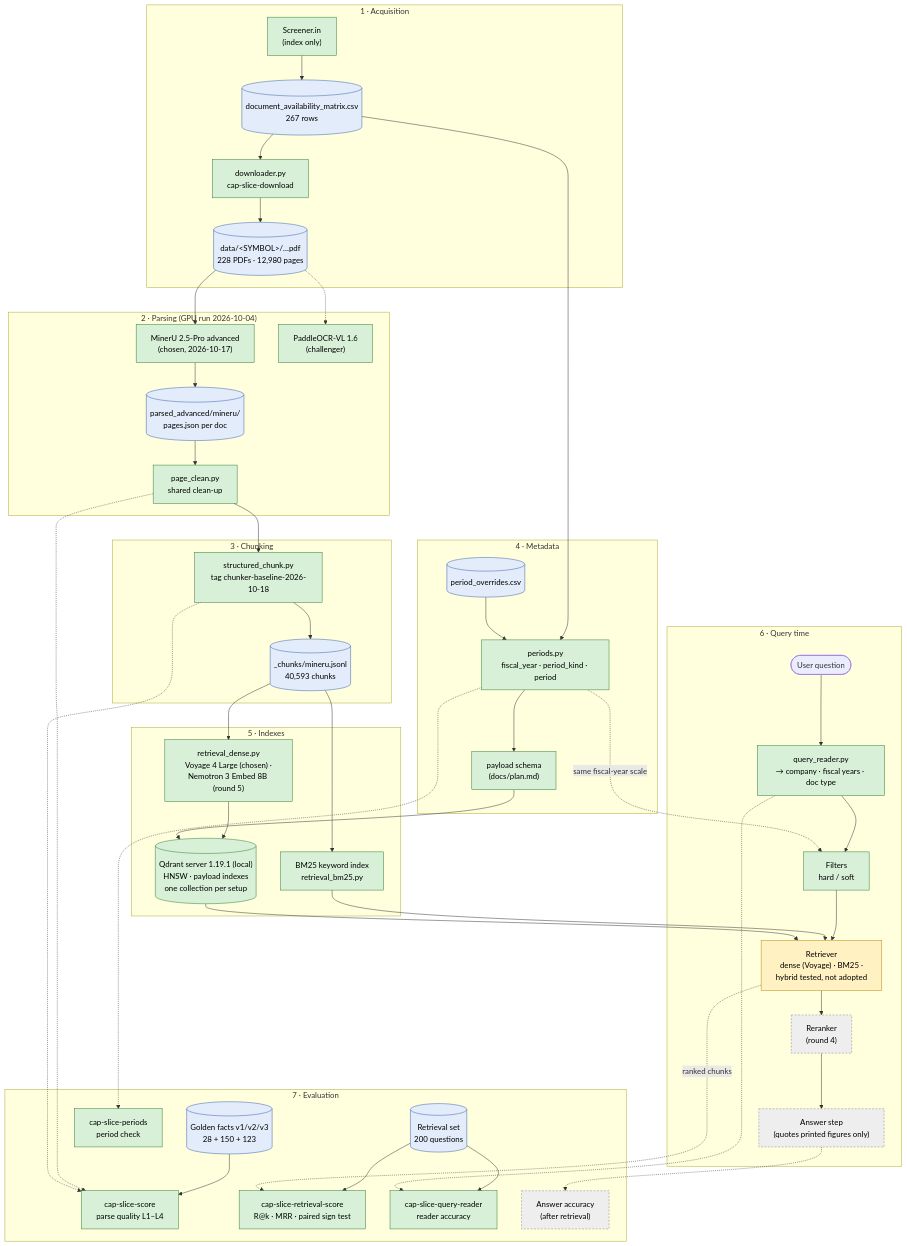
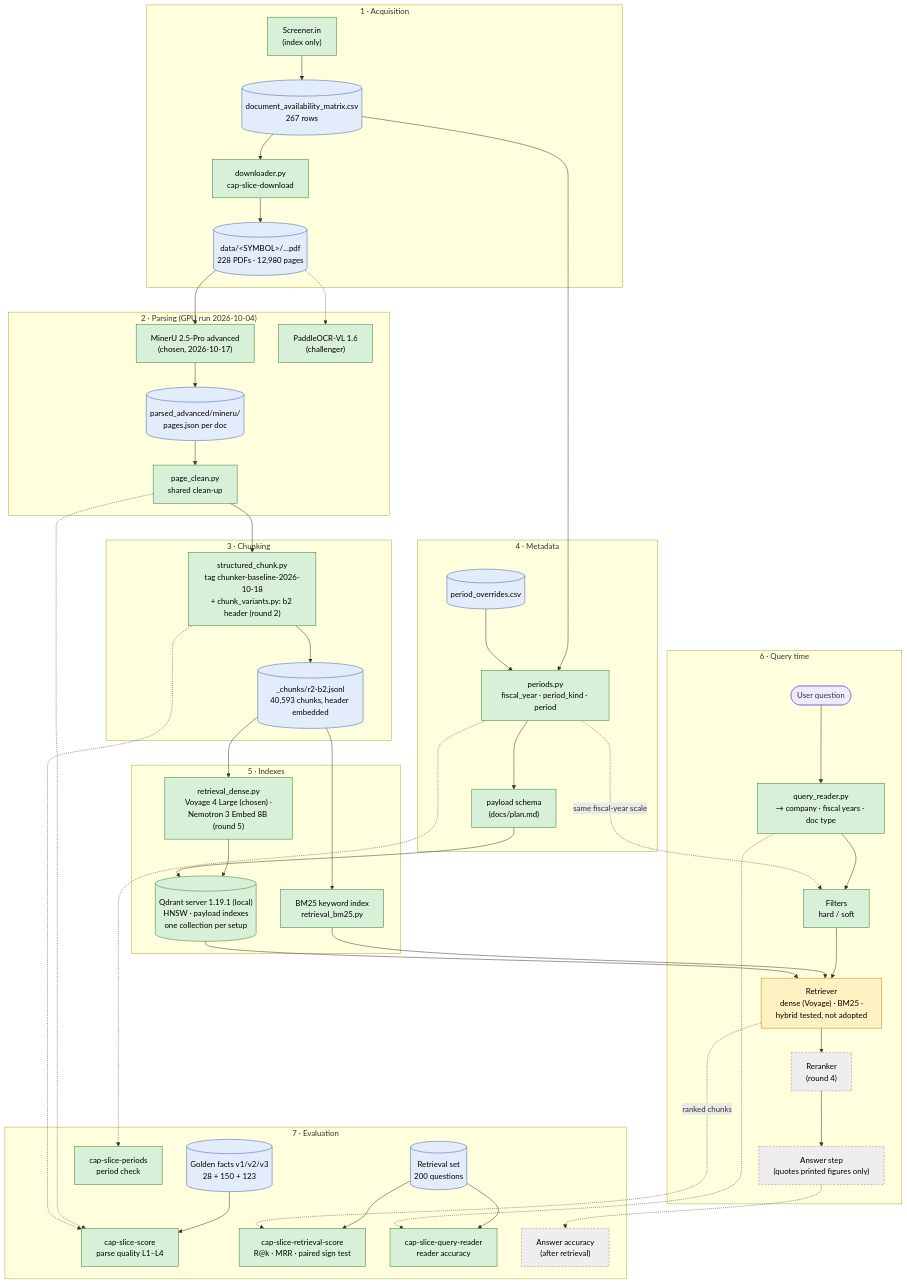
Before and after one commit to Tamil-Selvan-Murugesan/cap-slice: the diagram in docs/architecture.md, drawn with Mermaid. The commit also changed 2 other files, not shown here.

Commit message:
Record round 2 in the retrieval index, plan note on statement scope, architecture diagram

```diff
--- a/docs/architecture.md
+++ b/docs/architecture.md
@@ -31,8 +31,8 @@
     end
 
     subgraph CHUNK["3 · Chunking"]
-        SC["structured_chunk.py<br/>tag chunker-baseline-2026-10-18"]
-        CORP[("_chunks/mineru.jsonl<br/>40,593 chunks")]
+        SC["structured_chunk.py<br/>tag chunker-baseline-2026-10-18<br/>+ chunk_variants.py: b2 header (round 2)"]
+        CORP[("_chunks/r2-b2.jsonl<br/>40,593 chunks, header embedded")]
         CLEAN --> SC --> CORP
     end
 
```
